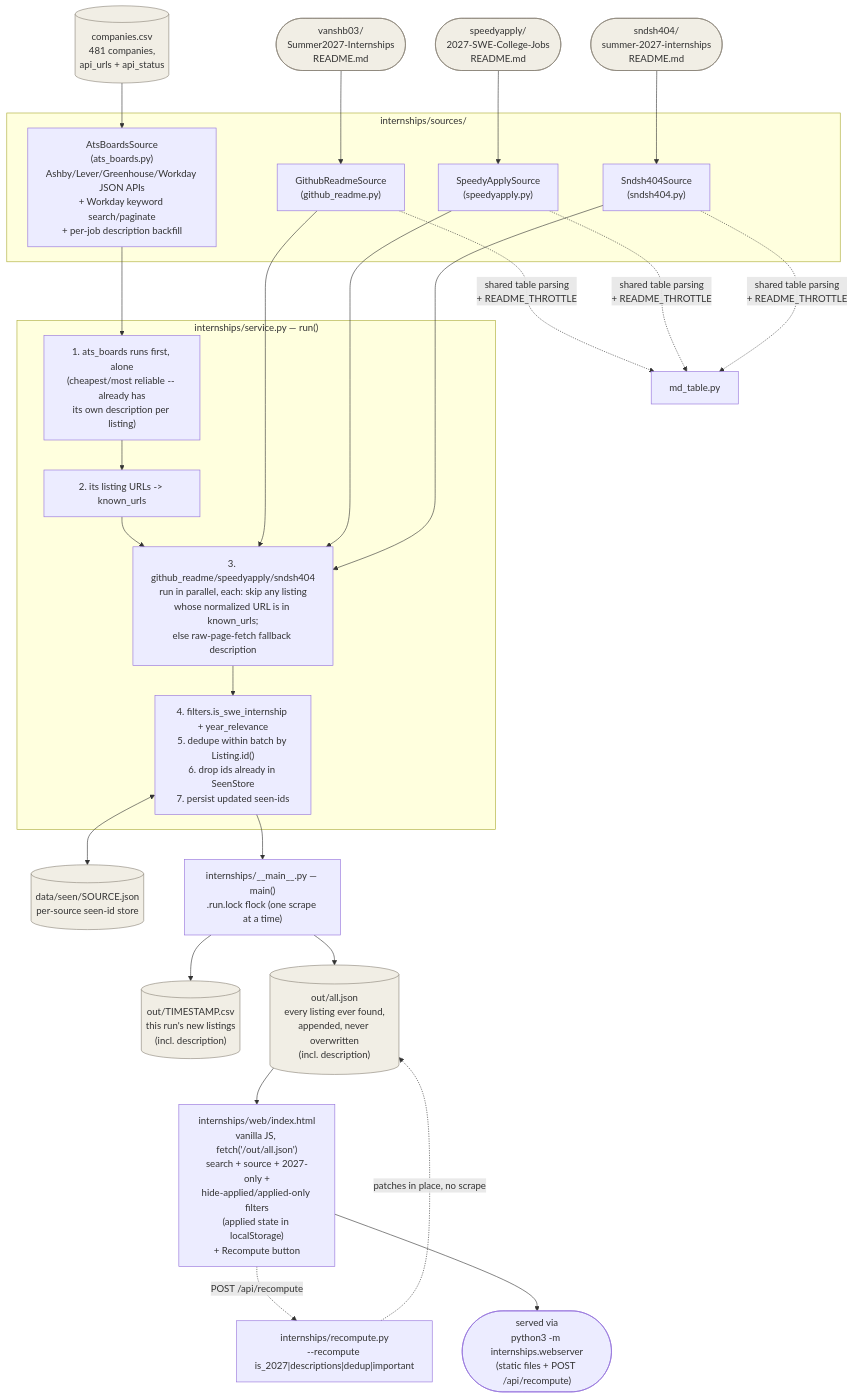
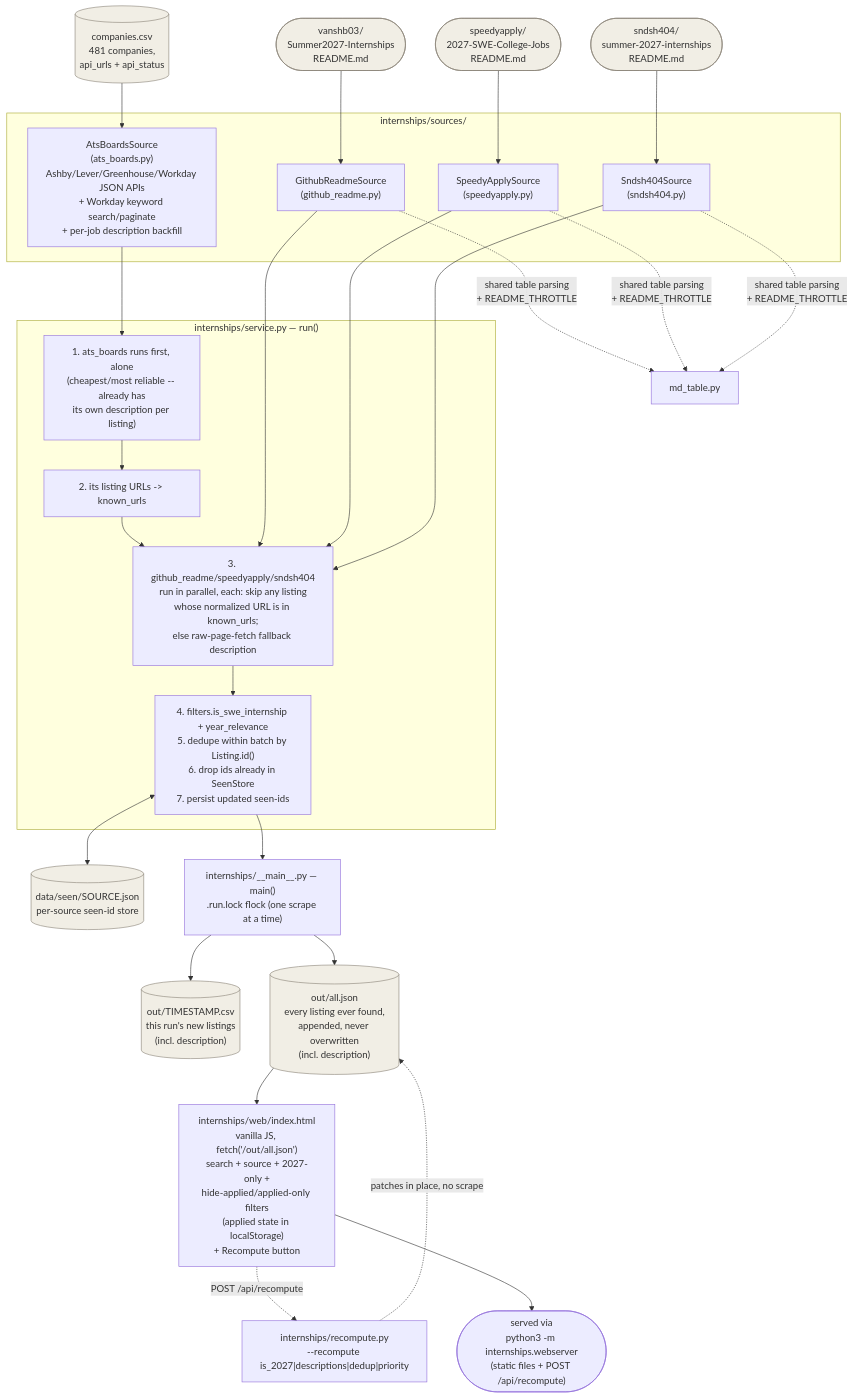
Before and after one commit to douglasichen/internships: the diagram in docs/architecture.md, drawn with Mermaid. The commit also changed other lines of this file and 7 other files, not shown here.

First line of the commit message:
Replace boolean important flag with 3-tier priority system

````diff
--- a/docs/architecture.md
+++ b/docs/architecture.md
@@ -9,52 +9,52 @@
 ```mermaid
 flowchart TD
     subgraph Sources["internships/sources/"]
         ATS["AtsBoardsSource\n(ats_boards.py)\nAshby/Lever/Greenhouse/Workday JSON APIs\n+ Workday keyword search/paginate\n+ per-job description backfill"]
         GH["GithubReadmeSource\n(github_readme.py)"]
         SA["SpeedyApplySource\n(speedyapply.py)"]
         SN["Sndsh404Source\n(sndsh404.py)"]
     end
 
     CSV[("companies.csv\n481 companies,\napi_urls + api_status")] --> ATS
     R1(["vanshb03/\nSummer2027-Internships\nREADME.md"]) --> GH
     R2(["speedyapply/\n2027-SWE-College-Jobs\nREADME.md"]) --> SA
     R3(["sndsh404/\nsummer-2027-internships\nREADME.md"]) --> SN
 
     GH -.->|shared table parsing\n+ README_THROTTLE| MD["md_table.py"]
     SA -.->|shared table parsing\n+ README_THROTTLE| MD
     SN -.->|shared table parsing\n+ README_THROTTLE| MD
 
     subgraph Orchestrator["internships/service.py — run()"]
         STEP1["1. ats_boards runs first, alone\n(cheapest/most reliable -- already has\nits own description per listing)"]
         STEP2["2. its listing URLs -> known_urls"]
         STEP3["3. github_readme/speedyapply/sndsh404\nrun in parallel, each: skip any listing\nwhose normalized URL is in known_urls;\nelse raw-page-fetch fallback description"]
         STEP4["4. filters.is_swe_internship + year_relevance\n5. dedupe within batch by Listing.id()\n6. drop ids already in SeenStore\n7. persist updated seen-ids"]
         STEP1 --> STEP2 --> STEP3 --> STEP4
     end
 
     ATS --> STEP1
     GH --> STEP3
     SA --> STEP3
     SN --> STEP3
 
     SEEN[("data/seen/SOURCE.json\nper-source seen-id store")]
     STEP4 <--> SEEN
 
     STEP4 --> MAIN["internships/__main__.py — main()\n.run.lock flock (one scrape at a time)"]
     MAIN --> CSVOUT[("out/TIMESTAMP.csv\nthis run's new listings\n(incl. description)")]
     MAIN --> ALLJSON[("out/all.json\nevery listing ever found,\nappended, never overwritten\n(incl. description)")]
 
-    RECOMPUTE["internships/recompute.py\n--recompute is_2027|descriptions|dedup|important"] -.->|patches in place, no scrape| ALLJSON
+    RECOMPUTE["internships/recompute.py\n--recompute is_2027|descriptions|dedup|priority"] -.->|patches in place, no scrape| ALLJSON
     WEB -.->|POST /api/recompute| RECOMPUTE
 
     ALLJSON --> WEB["internships/web/index.html\nvanilla JS, fetch('/out/all.json')\nsearch + source + 2027-only +\nhide-applied/applied-only filters\n(applied state in localStorage)\n+ Recompute button"]
     WEB --> Browser(["served via\npython3 -m internships.webserver\n(static files + POST /api/recompute)"])
 
     style CSV fill:#F1EEE5,stroke:#8A8478
     style R1 fill:#F1EEE5,stroke:#8A8478
     style R2 fill:#F1EEE5,stroke:#8A8478
     style R3 fill:#F1EEE5,stroke:#8A8478
     style SEEN fill:#F1EEE5,stroke:#8A8478
     style CSVOUT fill:#F1EEE5,stroke:#8A8478
     style ALLJSON fill:#F1EEE5,stroke:#8A8478
 ```
````
